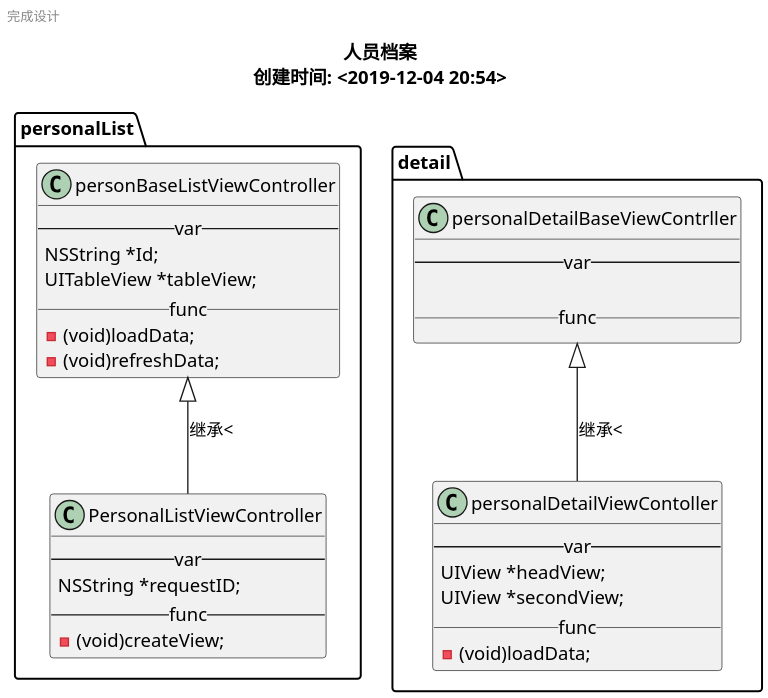
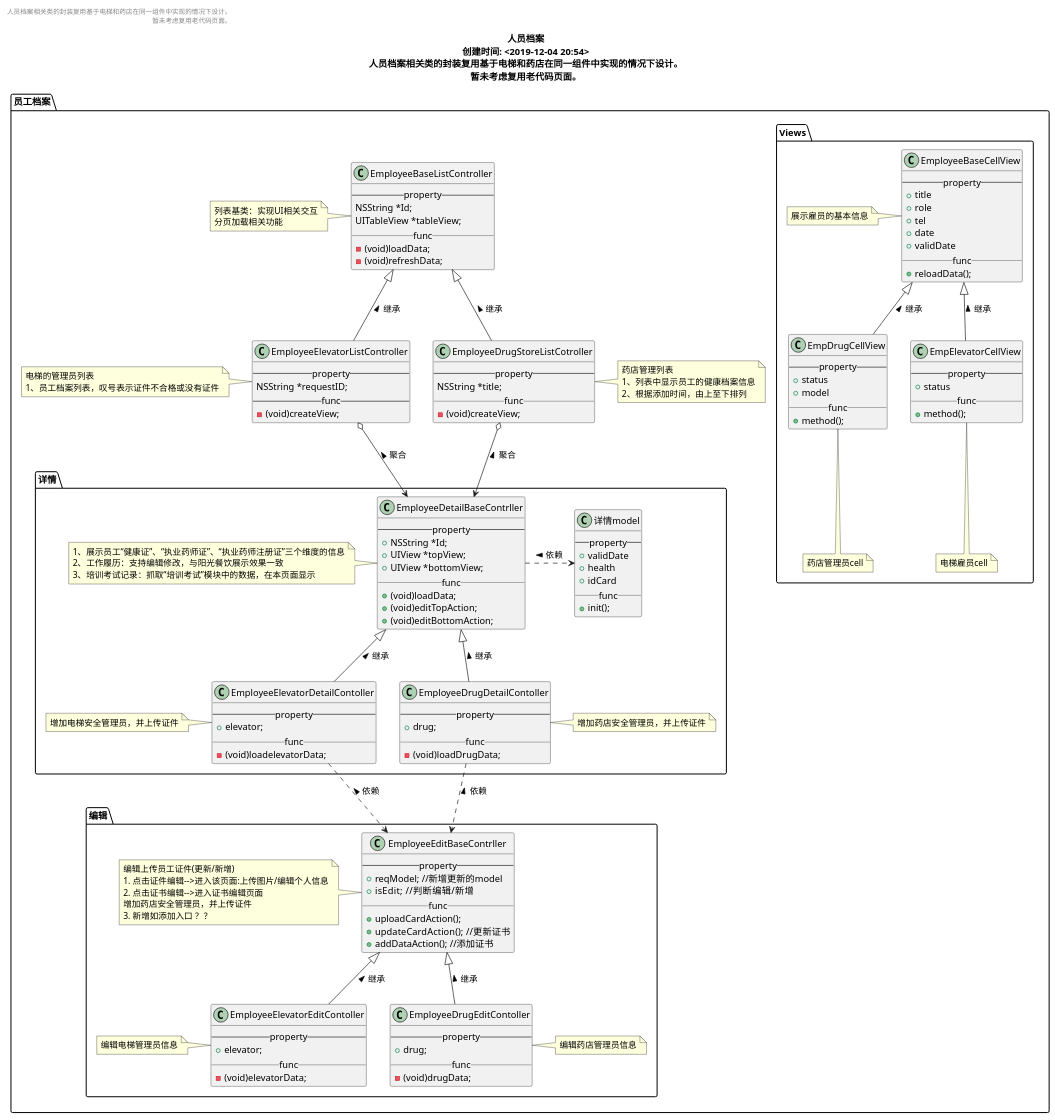
One commit to iT-Boyer/iDocs changed the diagram in DtBox/dtbox.plantuml. Above: the diagram before and after it, drawn with PlantUML. The commit also changed 1 other file, not shown here.

```diff
--- a/DtBox/dtbox.plantuml
+++ b/DtBox/dtbox.plantuml
@@ -1,50 +1,199 @@
 @startuml
-scale 2
+scale 1
 page 1x1
 title
     人员档案
     创建时间: <2019-12-04 20:54>
+    人员档案相关类的封装复用基于电梯和药店在同一组件中实现的情况下设计。
+    暂未考虑复用老代码页面。
     endtitle
     left header
-        完成设计
+        人员档案相关类的封装复用基于电梯和药店在同一组件中实现的情况下设计。
+        暂未考虑复用老代码页面。
     endheader
     'package，node，folder，frame，cloud，database'
-    folder "personalList" as listpkg{
-        class "personBaseListViewController" as baselist {
-            --var --
+    folder "员工档案" as listpkg{
+        class "EmployeeBaseListController" as baselist {
+            -- property --
             NSString *Id;
             UITableView *tableView;
-            __ func__
+            __func__
             -(void)loadData;
             -(void)refreshData;
         }
-        class "PersonalListViewController" as personlist {
-            --var--
+        class "EmployeeElevatorListController" as personlist {
+            -- property --
             NSString *requestID;
             --func--
             -(void)createView;
         }
-        baselist <|-- personlist:继承<
+
+        class "EmployeeDrugStoreListCotroller" as druglist {
+            -- property--
+            NSString *title;
+            __func__
+            -(void)createView;
+        }
+        folder "详情" as detail{
+            class "EmployeeDetailBaseContrller" as basedetail {
+                -- property --
+                +NSString *Id;
+                +UIView *topView;
+                +UIView *bottomView;
+                __func__
+                +(void)loadData;
+                +(void)editTopAction;
+                +(void)editBottomAction;
+            }
+            class "EmployeeElevatorDetailContoller" as empeledetail {
+                -- property --
+                +elevator;
+                __func__
+                -(void)loadelevatorData;
+            }
+            class "EmployeeDrugDetailContoller" as empdrugdetail {
+                -- property --
+                +drug;
+                __ func __
+                -(void)loadDrugData;
+            }
+            class "详情model" as detailm {
+                -- property --
+                +validDate
+                +health
+                +idCard
+                __func__
+                +init();
+            }
+            note left of basedetail
+                1、展示员工“健康证”、“执业药师证”、“执业药师注册证”三个维度的信息
+                2、工作履历：支持编辑修改，与阳光餐饮展示效果一致
+                3、培训考试记录：抓取“培训考试”模块中的数据，在本页面显示
+            end note
+
+            note left of empeledetail
+                增加电梯安全管理员，并上传证件
+            end note
+
+            note right of empdrugdetail
+                增加药店安全管理员，并上传证件
+            end note
+
+            basedetail .right.> detailm:依赖 <
+            basedetail <|-- empeledetail:继承 <
+            basedetail <|-- empdrugdetail:继承 <
+        }
+
+        folder "编辑" as edit{
+            class "EmployeeEditBaseContrller" as baseedit {
+                -- property --
+                +reqModel; //新增更新的model
+                +isEdit;   //判断编辑/新增
+                __func__
+                +uploadCardAction();
+                +updateCardAction();  //更新证书
+                +addDataAction(); //添加证书
+            }
+            class "EmployeeElevatorEditContoller" as empeleedit {
+                -- property --
+                +elevator;
+                __func__
+                -(void)elevatorData;
+            }
+            class "EmployeeDrugEditContoller" as empdrugedit {
+                -- property --
+                +drug;
+                __func__
+                -(void)drugData;
+            }
+            note left of baseedit
+                编辑上传员工证件(更新/新增)
+                1. 点击证件编辑-->进入该页面:上传图片/编辑个人信息
+                2. 点击证书编辑-->进入证书编辑页面
+                增加药店安全管理员，并上传证件
+                3. 新增如添加入口 ？？
+            end note
+            note left of empeleedit
+                编辑电梯管理员信息
+            end note
+            note right of empdrugedit
+                编辑药店管理员信息
+            end note
+
+            baseedit <|-- empeleedit:继承 <
+            baseedit <|-- empdrugedit:继承 <
+        }
+        'package，node，folder，frame，cloud，database'
+        folder "Views" as views{
+            class "EmployeeBaseCellView" as basecell {
+                -- property --
+                +title
+                +role
+                +tel
+                +date
+                +validDate
+                __ func __
+                +reloadData();
+            }
+
+            class "EmpDrugCellView" as empDCell {
+                -- property --
+                +status
+                +model
+                __func__
+                +method();
+            }
+
+            class "EmpElevatorCellView" as empelecell {
+                -- property --
+                +status
+                __func__
+                +method();
+            }
+
+            note left of basecell
+                展示雇员的基本信息
+            end note
+            note bottom of empDCell
+                药店管理员cell
+            end note
+            note bottom of empelecell
+                电梯雇员cell
+            end note
+
+            basecell <|-- empDCell:继承 <
+            basecell <|-- empelecell:继承 <
+        }
+
+
+        note left of baselist
+            列表基类：实现UI相关交互
+            分页加载相关功能
+        end note
+        note left of personlist
+            电梯的管理员列表
+            1、员工档案列表，叹号表示证件不合格或没有证件
+        end note
+
+        note right of druglist
+            药店管理列表
+            1、列表中显示员工的健康档案信息
+            2、根据添加时间，由上至下排列
+        end note
+
+
+        baselist <|-- personlist:继承 <
+        baselist <|-- druglist:继承 <
+        'baselist o-down---> basecell:聚合 <
+        '详情
+        druglist o--> basedetail:聚合 <
+        personlist o--> basedetail:聚合 <
+        '编辑'
+        empeledetail ..> baseedit:依赖 <
+        empdrugdetail ..> baseedit:依赖 <
     }
 
 
-    'package，node，folder，frame，cloud，database'
-    folder "detail" as detail{
-        class "personalDetailBaseViewContrller" as detailBase {
-            --var --
 
-            __func __
-        }
-        class "personalDetailViewContoller" as personaldetail {
-            --var --
-            UIView *headView;
-            UIView *secondView;
-            __ func__
-            -(void)loadData;
-        }
-
-        detailBase <|-- personaldetail:继承<
-       
-    }
 
     @enduml
```
